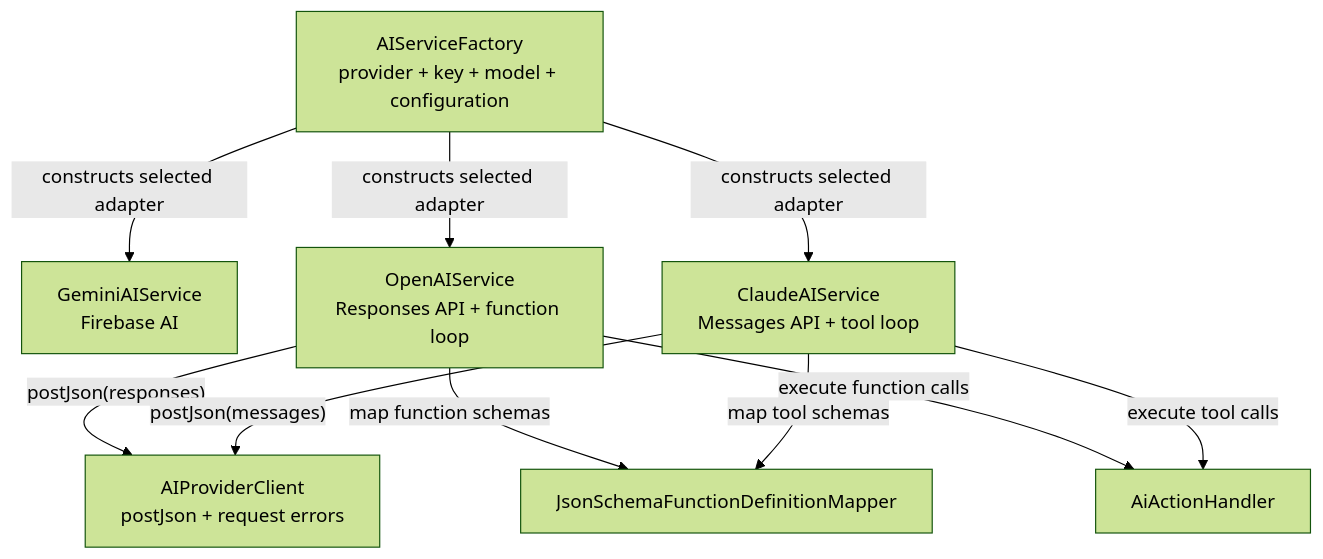
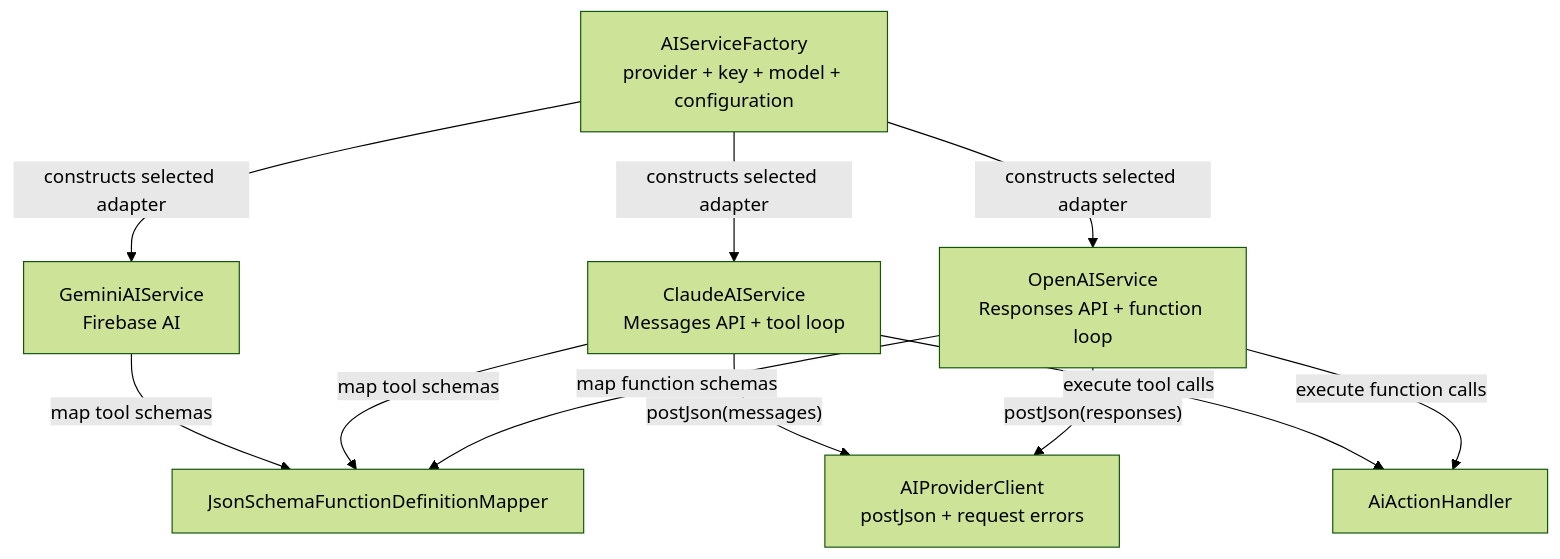
The diagram in Documentation/features/ai-providers.md (yousef-shams-akqa/ai_operator_app), drawn with Mermaid (forest theme) before and after one commit. The commit also changed other lines of this file and 10 other files, not shown here.

````diff
--- a/Documentation/features/ai-providers.md
+++ b/Documentation/features/ai-providers.md
@@ -77,20 +77,21 @@
 ```mermaid
 flowchart TD
   Factory["AIServiceFactory<br/>provider + key + model + configuration"]
   Gemini["GeminiAIService<br/>Firebase AI"]
   OpenAI["OpenAIService<br/>Responses API + function loop"]
   Claude["ClaudeAIService<br/>Messages API + tool loop"]
   Client["AIProviderClient<br/>postJson + request errors"]
   Mapper["JsonSchemaFunctionDefinitionMapper"]
   ActionHandler["AiActionHandler"]
 
   Factory -->|"constructs selected adapter"| Gemini
   Factory -->|"constructs selected adapter"| OpenAI
   Factory -->|"constructs selected adapter"| Claude
   OpenAI -->|"postJson(responses)"| Client
   Claude -->|"postJson(messages)"| Client
   OpenAI -->|"map function schemas"| Mapper
   Claude -->|"map tool schemas"| Mapper
+  Gemini -->|"map tool schemas"| Mapper
   OpenAI -->|"execute function calls"| ActionHandler
   Claude -->|"execute tool calls"| ActionHandler
 ```
````
